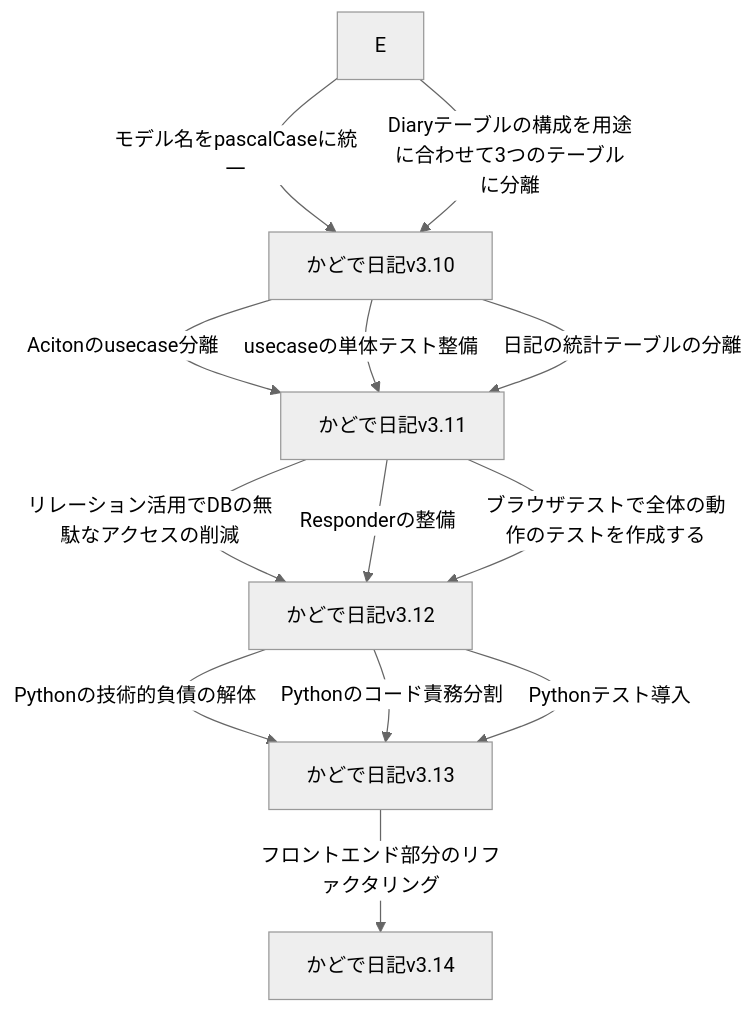
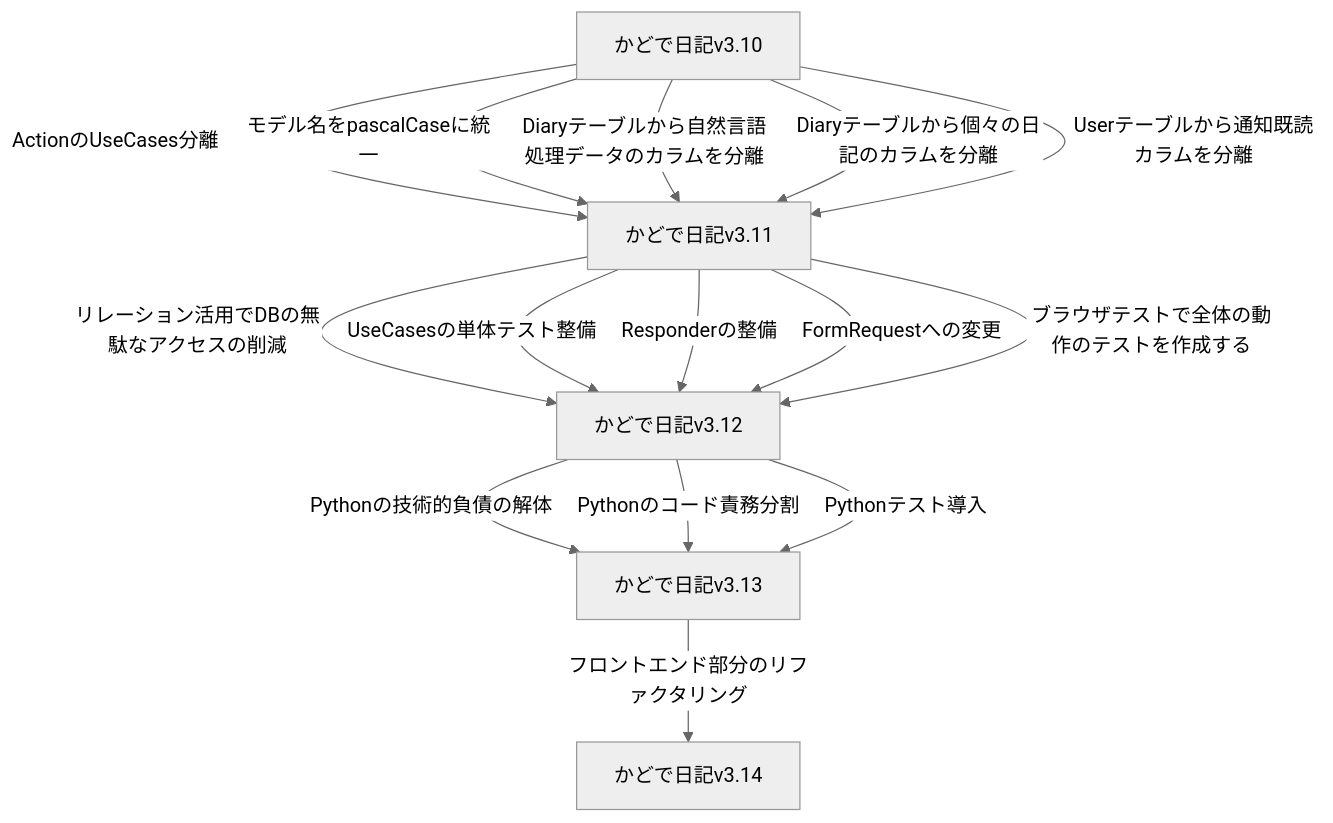
Before and after one commit to KadodeProject/kadode_nikki3: the diagram in README.md, drawn with Mermaid (neutral theme).

Commit message:
docs ロードマップ修正

````diff
--- a/README.md
+++ b/README.md
@@ -69,15 +69,17 @@
 ```mermaid
 flowchart TD
-    E_F[かどで日記v3.10]-->|Acitonのusecase分離|E_FF[かどで日記v3.11]
-    E_F-->|usecaseの単体テスト整備|E_FF
-    E_F-->|日記の統計テーブルの分離|E_FF
-    E-->|モデル名をpascalCaseに統一|E_F
-    E-->|Diaryテーブルの構成を用途に合わせて3つのテーブルに分離|E_F
+    E_F[かどで日記v3.10]-->|ActionのUseCases分離|E_FF[かどで日記v3.11]
+    E_F-->|モデル名をpascalCaseに統一|E_FF
+    E_F-->|Diaryテーブルから自然言語処理データのカラムを分離|E_FF
+    E_F-->|Diaryテーブルから個々の日記のカラムを分離|E_FF
+    E_F-->|Userテーブルから通知既読カラムを分離|E_FF
     E_FF-->|リレーション活用でDBの無駄なアクセスの削減|F[かどで日記v3.12]
+    E_FF-->|UseCasesの単体テスト整備|F
     E_FF-->|Responderの整備|F
+    E_FF-->|FormRequestへの変更|F
     E_FF-->|ブラウザテストで全体の動作のテストを作成する|F
     F-->|Pythonの技術的負債の解体|G[かどで日記v3.13]
     F-->|Pythonのコード責務分割|G
     F-->|Pythonテスト導入|G
     G-->|フロントエンド部分のリファクタリング|H[かどで日記v3.14]
 ```
````
